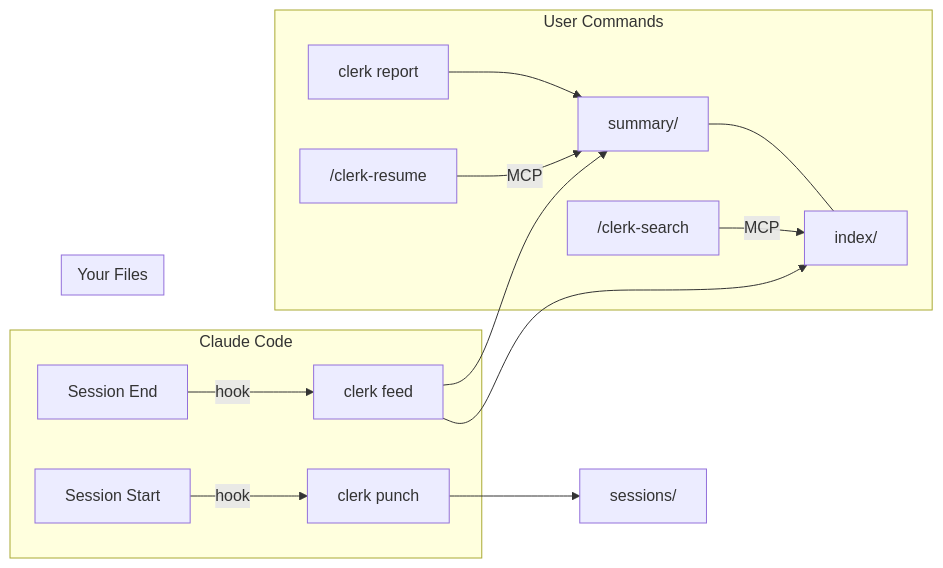
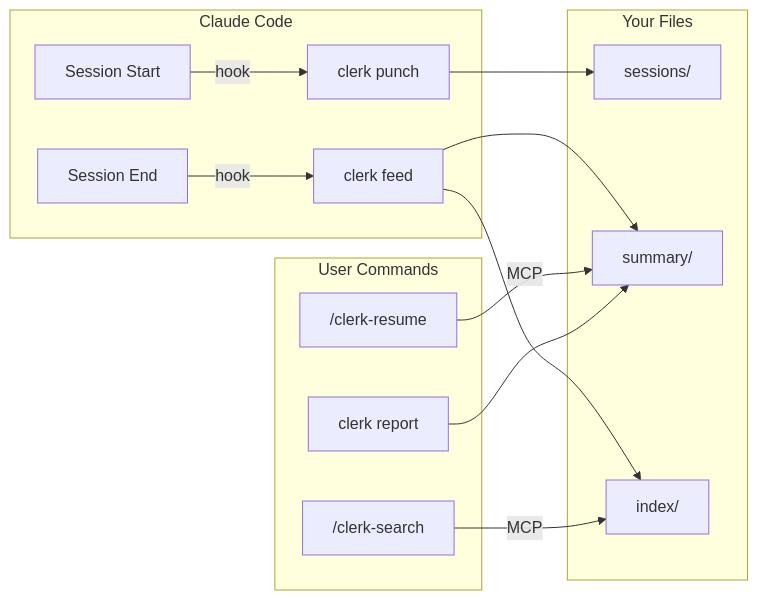
The first of 2 diagrams in README.zh-TW.md (vulcanshen/clerk), drawn with Mermaid before and after one commit. The commit also changed other lines of this file and 3 other files, not shown here.

Commit message:
docs: fix mermaid layout, add user journey sequence diagram

````diff
--- a/README.zh-TW.md
+++ b/README.zh-TW.md
@@ -65,21 +65,23 @@
 ```mermaid
 flowchart LR
     subgraph Claude Code
         A[Session Start] -->|hook| B[clerk punch]
         C[Session End] -->|hook| D[clerk feed]
     end
 
-    B --> E[sessions/]
-    D --> F[summary/]
-    D --> G[index/]
+    subgraph Your Files
+        E[sessions/]
+        F[summary/]
+        G[index/]
+    end
+
+    B --> E
+    D --> F
+    D --> G
 
     subgraph User Commands
         H["/clerk-resume"] -->|MCP| F
         I["/clerk-search"] -->|MCP| G
         J["clerk report"] --> F
     end
-
-    subgraph Your Files
-        F --- G
-    end
 ```
````
